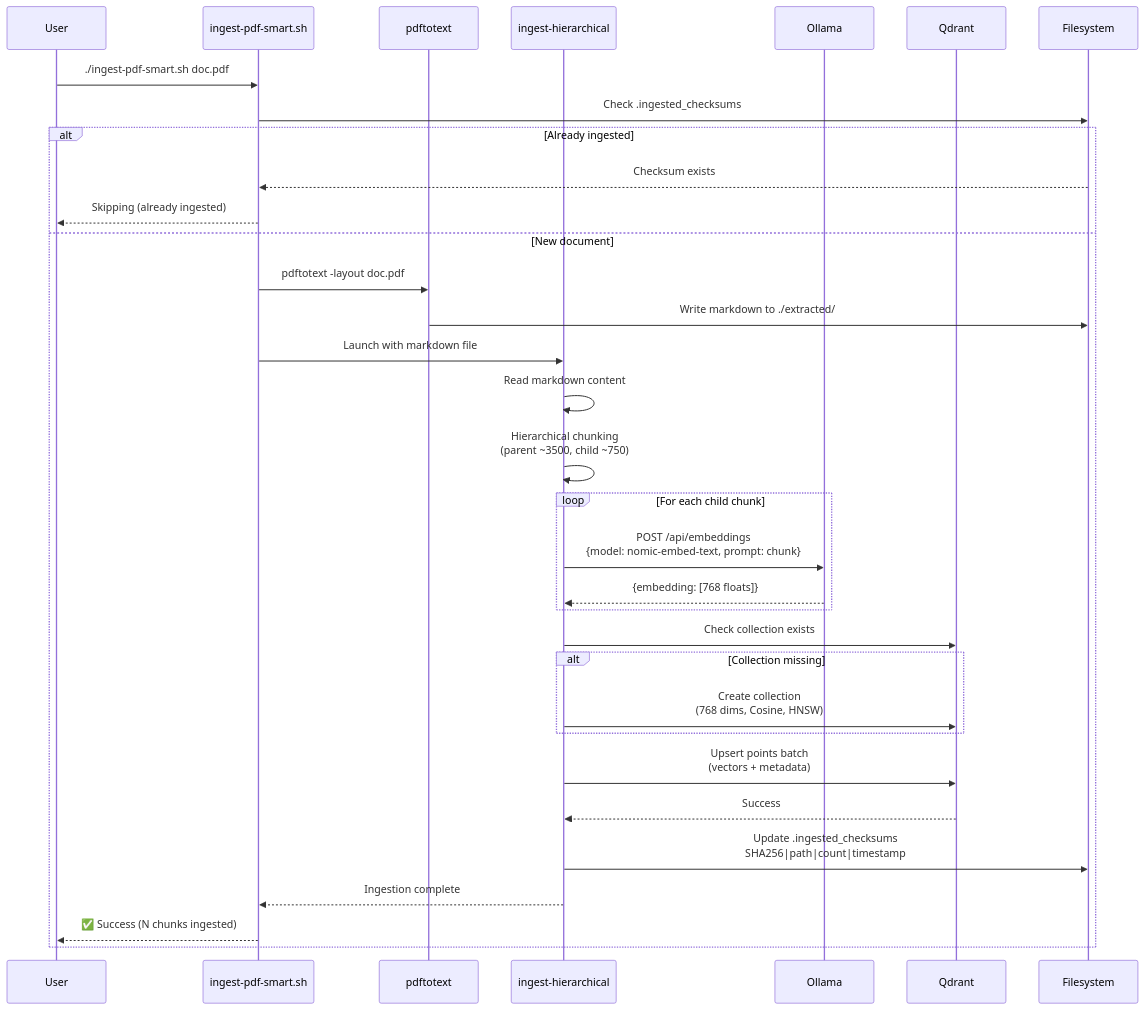
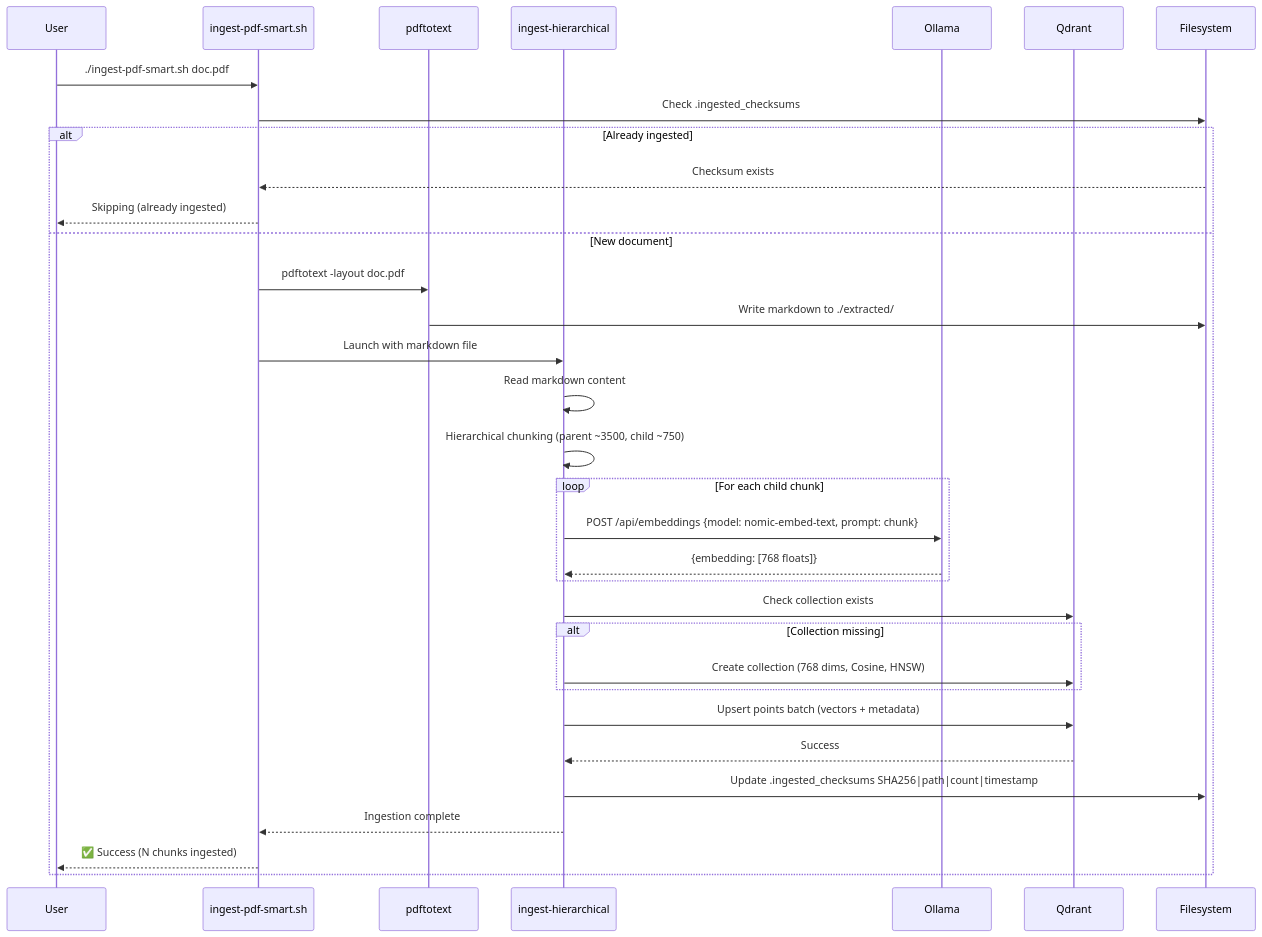
Before and after one commit to softwarewrighter/rag-demo: the first of 13 diagrams in wiki/Data-Flow-Diagrams.md, drawn with Mermaid. The commit also changed other lines of this file and 7 other files, not shown here.

````diff
--- a/wiki/Data-Flow-Diagrams.md
+++ b/wiki/Data-Flow-Diagrams.md
@@ -18,41 +18,41 @@
 ```mermaid
 sequenceDiagram
     participant User
     participant Script as ingest-pdf-smart.sh
     participant PDF as pdftotext
     participant IH as ingest-hierarchical
     participant Ollama
     participant Qdrant
     participant FS as Filesystem
 
     User->>Script: ./ingest-pdf-smart.sh doc.pdf
     Script->>FS: Check .ingested_checksums
     alt Already ingested
         FS-->>Script: Checksum exists
         Script-->>User: Skipping (already ingested)
     else New document
         Script->>PDF: pdftotext -layout doc.pdf
         PDF->>FS: Write markdown to ./extracted/
         Script->>IH: Launch with markdown file
 
         IH->>IH: Read markdown content
-        IH->>IH: Hierarchical chunking<br/>(parent ~3500, child ~750)
+        IH->>IH: Hierarchical chunking (parent ~3500, child ~750)
 
         loop For each child chunk
-            IH->>Ollama: POST /api/embeddings<br/>{model: nomic-embed-text, prompt: chunk}
+            IH->>Ollama: POST /api/embeddings {model: nomic-embed-text, prompt: chunk}
             Ollama-->>IH: {embedding: [768 floats]}
         end
 
         IH->>Qdrant: Check collection exists
         alt Collection missing
-            IH->>Qdrant: Create collection<br/>(768 dims, Cosine, HNSW)
+            IH->>Qdrant: Create collection (768 dims, Cosine, HNSW)
         end
 
-        IH->>Qdrant: Upsert points batch<br/>(vectors + metadata)
+        IH->>Qdrant: Upsert points batch (vectors + metadata)
         Qdrant-->>IH: Success
 
-        IH->>FS: Update .ingested_checksums<br/>SHA256|path|count|timestamp
+        IH->>FS: Update .ingested_checksums SHA256|path|count|timestamp
         IH-->>Script: Ingestion complete
         Script-->>User: ✅ Success (N chunks ingested)
     end
 ```
````
